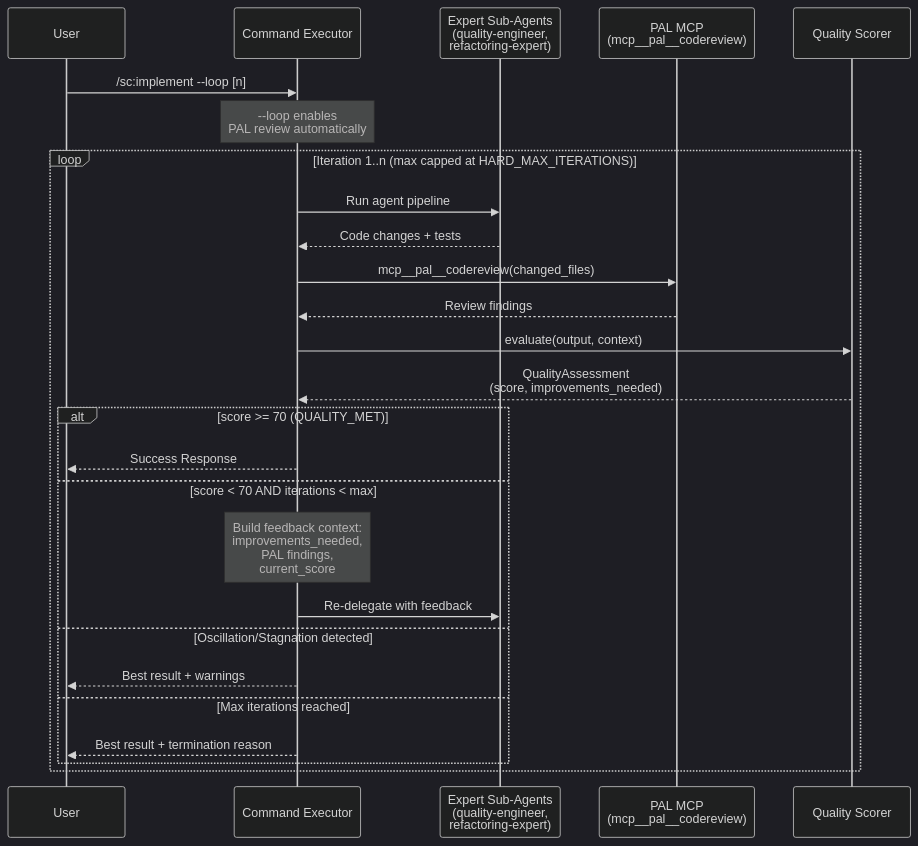
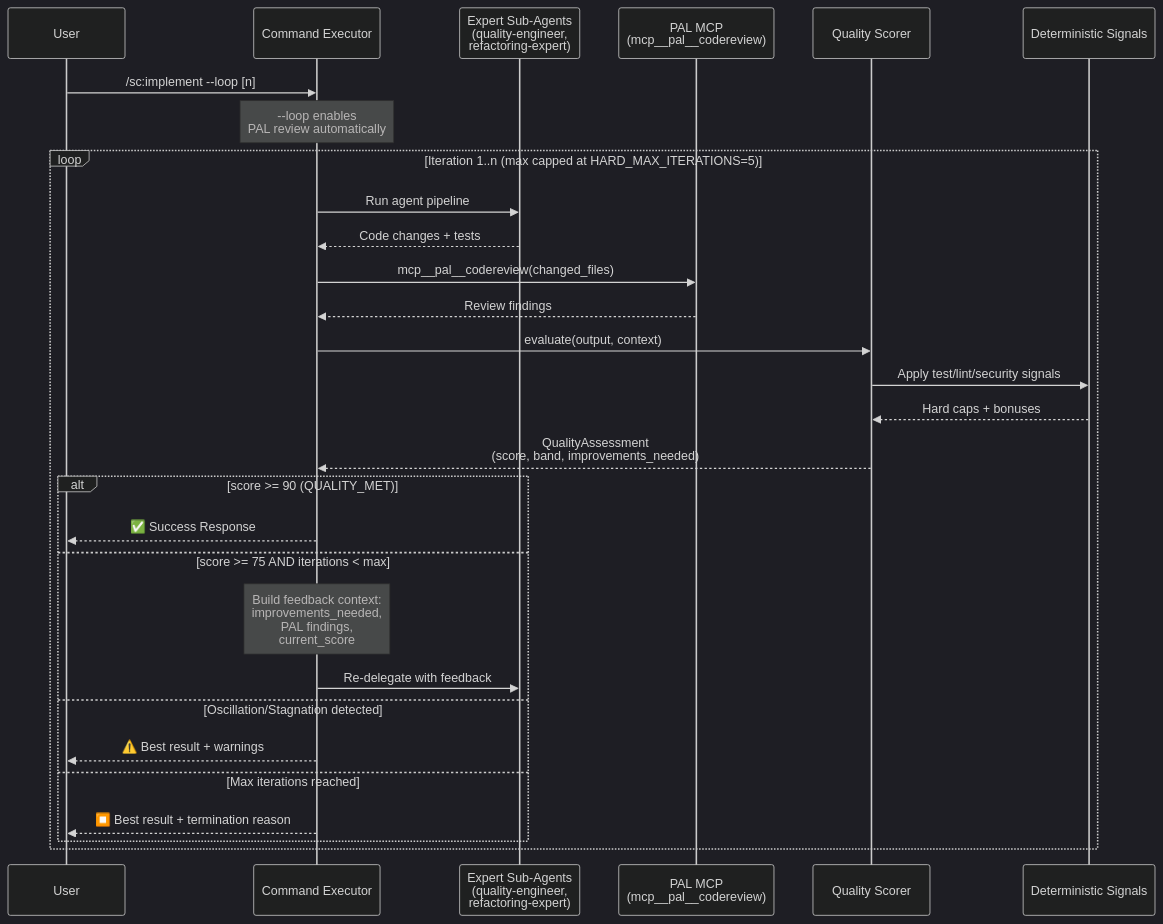
The fourth of 15 diagrams in README.md (Tony363/SuperClaude), drawn with Mermaid (dark theme) before and after one commit. The commit also changed other lines of this file, not shown here.

````diff
--- a/README.md
+++ b/README.md
@@ -200,34 +221,37 @@
 ```mermaid
 sequenceDiagram
     participant User
     participant Executor as Command Executor
     participant Agents as Expert Sub-Agents<br/>(quality-engineer,<br/>refactoring-expert)
     participant PAL as PAL MCP<br/>(mcp__pal__codereview)
     participant Quality as Quality Scorer
+    participant Signals as Deterministic Signals
 
     User->>Executor: /sc:implement --loop [n]
 
     Note over Executor: --loop enables<br/>PAL review automatically
 
-    loop Iteration 1..n (max capped at HARD_MAX_ITERATIONS)
+    loop Iteration 1..n (max capped at HARD_MAX_ITERATIONS=5)
         Executor->>Agents: Run agent pipeline
         Agents-->>Executor: Code changes + tests
 
         Executor->>PAL: mcp__pal__codereview(changed_files)
         PAL-->>Executor: Review findings
 
         Executor->>Quality: evaluate(output, context)
-        Quality-->>Executor: QualityAssessment<br/>(score, improvements_needed)
+        Quality->>Signals: Apply test/lint/security signals
+        Signals-->>Quality: Hard caps + bonuses
+        Quality-->>Executor: QualityAssessment<br/>(score, band, improvements_needed)
 
-        alt score >= 70 (QUALITY_MET)
-            Executor-->>User: Success Response
-        else score < 70 AND iterations < max
+        alt score >= 90 (QUALITY_MET)
+            Executor-->>User: ✅ Success Response
+        else score >= 75 AND iterations < max
             Note over Executor: Build feedback context:<br/>improvements_needed,<br/>PAL findings,<br/>current_score
             Executor->>Agents: Re-delegate with feedback
         else Oscillation/Stagnation detected
-            Executor-->>User: Best result + warnings
+            Executor-->>User: ⚠️ Best result + warnings
         else Max iterations reached
-            Executor-->>User: Best result + termination reason
+            Executor-->>User: ⏹️ Best result + termination reason
         end
     end
 ```
````
